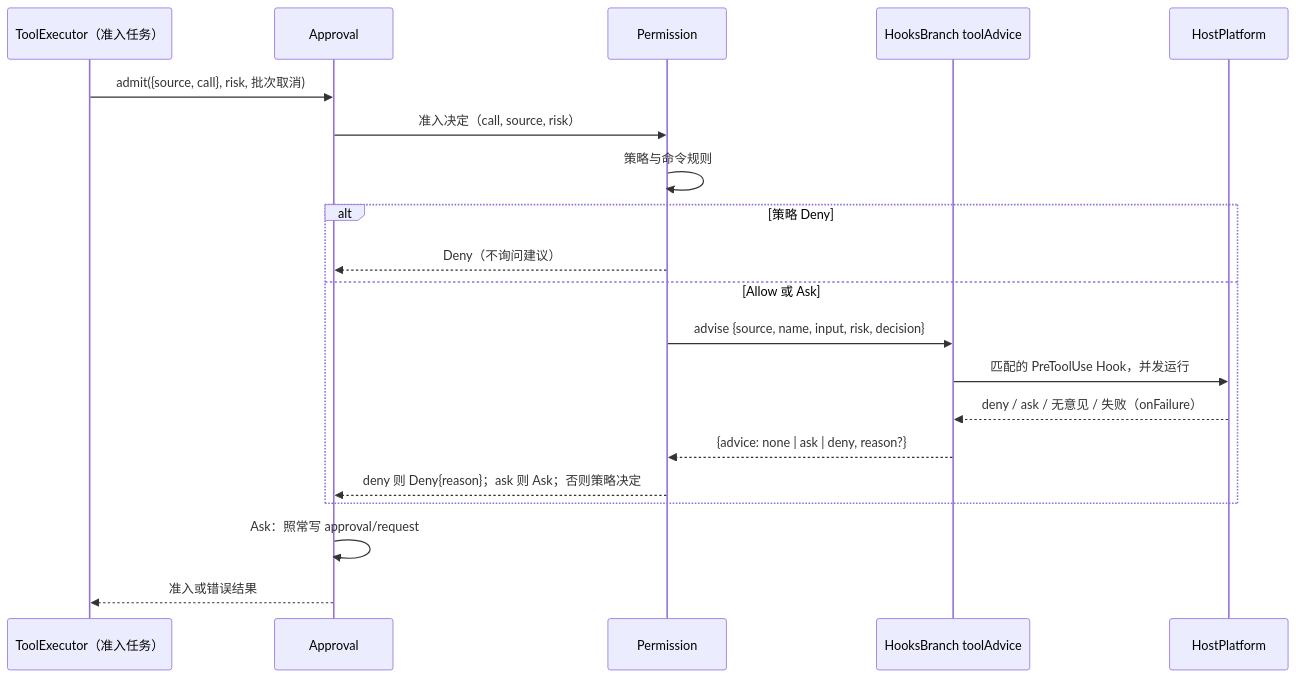
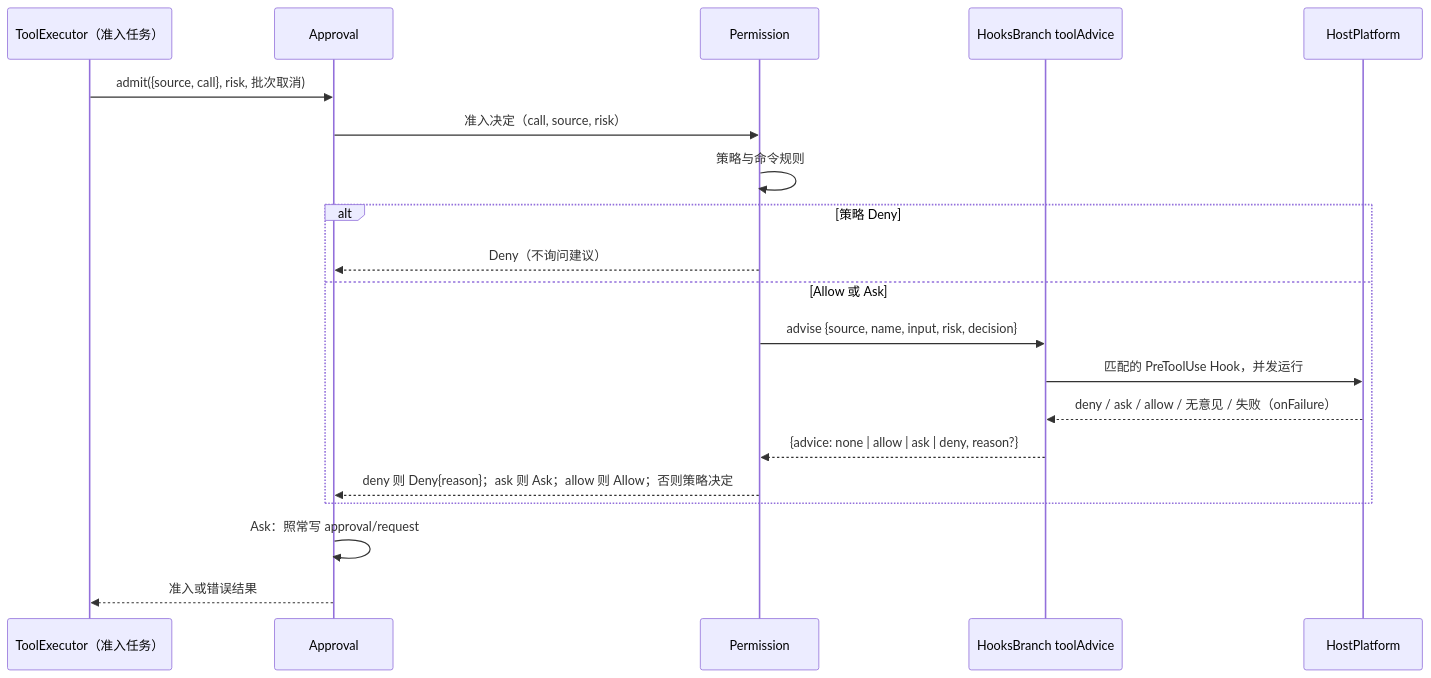
The third of 6 diagrams in docs/zh/design/plugins/Hooks.md (CoutinhoTTS/dim-agent), drawn with Mermaid before and after one commit. The commit also changed other lines of this file and 3 other files, not shown here.

````diff
--- a/docs/zh/design/plugins/Hooks.md
+++ b/docs/zh/design/plugins/Hooks.md
@@ -111,22 +106,22 @@
 ```mermaid
 sequenceDiagram
   participant TE as ToolExecutor（准入任务）
   participant AP as Approval
   participant PM as Permission
   participant HB as HooksBranch toolAdvice
   participant HP as HostPlatform
   TE->>AP: admit({source, call}, risk, 批次取消)
   AP->>PM: 准入决定（call, source, risk）
   PM->>PM: 策略与命令规则
   alt 策略 Deny
     PM-->>AP: Deny（不询问建议）
   else Allow 或 Ask
     PM->>HB: advise {source, name, input, risk, decision}
     HB->>HP: 匹配的 PreToolUse Hook，并发运行
-    HP-->>HB: deny / ask / 无意见 / 失败（onFailure）
-    HB-->>PM: {advice: none | ask | deny, reason?}
-    PM-->>AP: deny 则 Deny{reason}；ask 则 Ask；否则策略决定
+    HP-->>HB: deny / ask / allow / 无意见 / 失败（onFailure）
+    HB-->>PM: {advice: none | allow | ask | deny, reason?}
+    PM-->>AP: deny 则 Deny{reason}；ask 则 Ask；allow 则 Allow；否则策略决定
   end
   AP->>AP: Ask：照常写 approval/request
   AP-->>TE: 准入或错误结果
 ```
````
